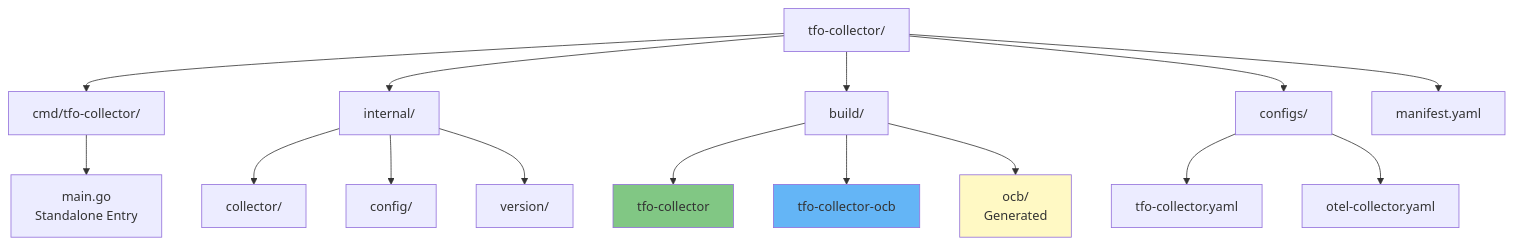
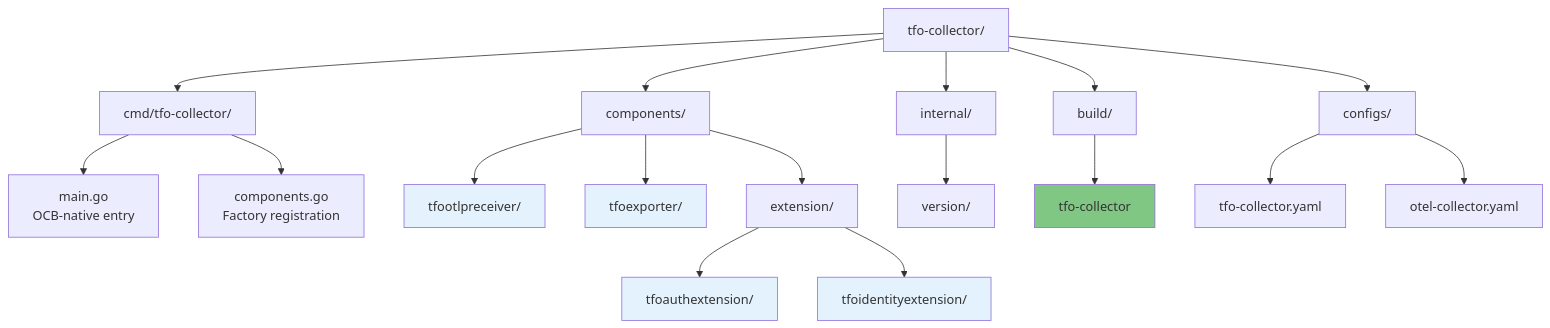
The third of 3 diagrams in docs/BUILD-SYSTEM.md (telemetryflow/telemetryflow-collector), drawn with Mermaid before and after one commit. The commit also changed other lines of this file and 126 other files, not shown here.

Commit message:
Enhance TFO Collector (Native OCB) v1.1.2 integration & Rebuild Pipeline

````diff
--- a/docs/BUILD-SYSTEM.md
+++ b/docs/BUILD-SYSTEM.md
@@ -291,27 +139,32 @@
 ```mermaid
 graph TD
     ROOT[tfo-collector/]
 
     ROOT --> CMD[cmd/tfo-collector/]
+    ROOT --> COMPONENTS[components/]
     ROOT --> INTERNAL[internal/]
     ROOT --> BUILD[build/]
     ROOT --> CONFIGS[configs/]
-    ROOT --> MANIFEST[manifest.yaml]
 
-    CMD --> MAIN[main.go<br/>Standalone Entry]
+    CMD --> MAIN[main.go<br/>OCB-native entry]
+    CMD --> COMPS[components.go<br/>Factory registration]
 
-    INTERNAL --> COLLECTOR[collector/]
-    INTERNAL --> CONFIG[config/]
+    COMPONENTS --> TFOOTLP[tfootlpreceiver/]
+    COMPONENTS --> TFOEXP[tfoexporter/]
+    COMPONENTS --> EXT[extension/]
+    EXT --> AUTH[tfoauthextension/]
+    EXT --> ID[tfoidentityextension/]
+
     INTERNAL --> VERSION[version/]
 
-    BUILD --> BIN1[tfo-collector]
-    BUILD --> BIN2[tfo-collector-ocb]
-    BUILD --> OCB[ocb/<br/>Generated]
+    BUILD --> BIN[tfo-collector]
 
     CONFIGS --> CFG1[tfo-collector.yaml]
     CONFIGS --> CFG2[otel-collector.yaml]
 
-    style BIN1 fill:#81C784
-    style BIN2 fill:#64B5F6
-    style OCB fill:#FFF9C4
+    style BIN fill:#81C784
+    style TFOOTLP fill:#E3F2FD
+    style TFOEXP fill:#E3F2FD
+    style AUTH fill:#E3F2FD
+    style ID fill:#E3F2FD
 ```
````
